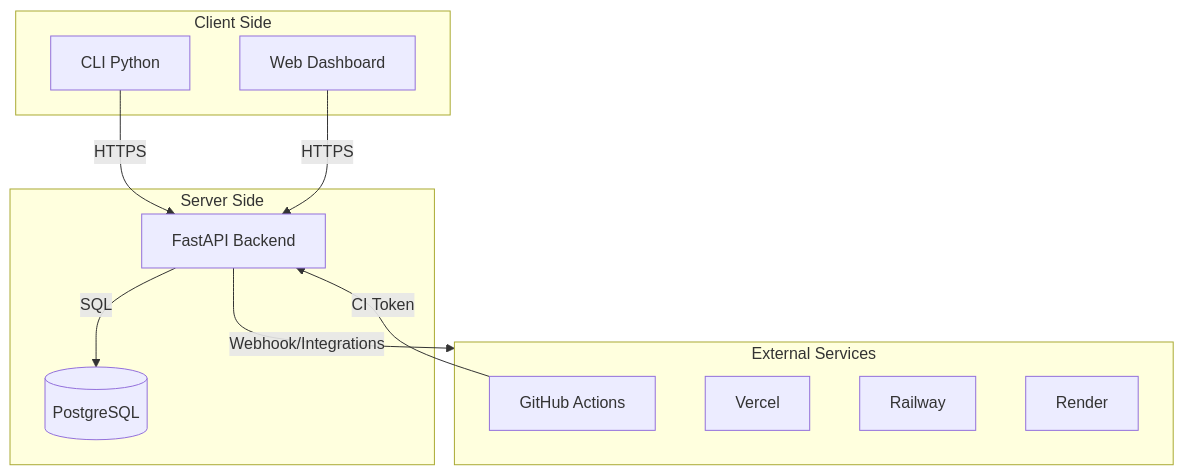
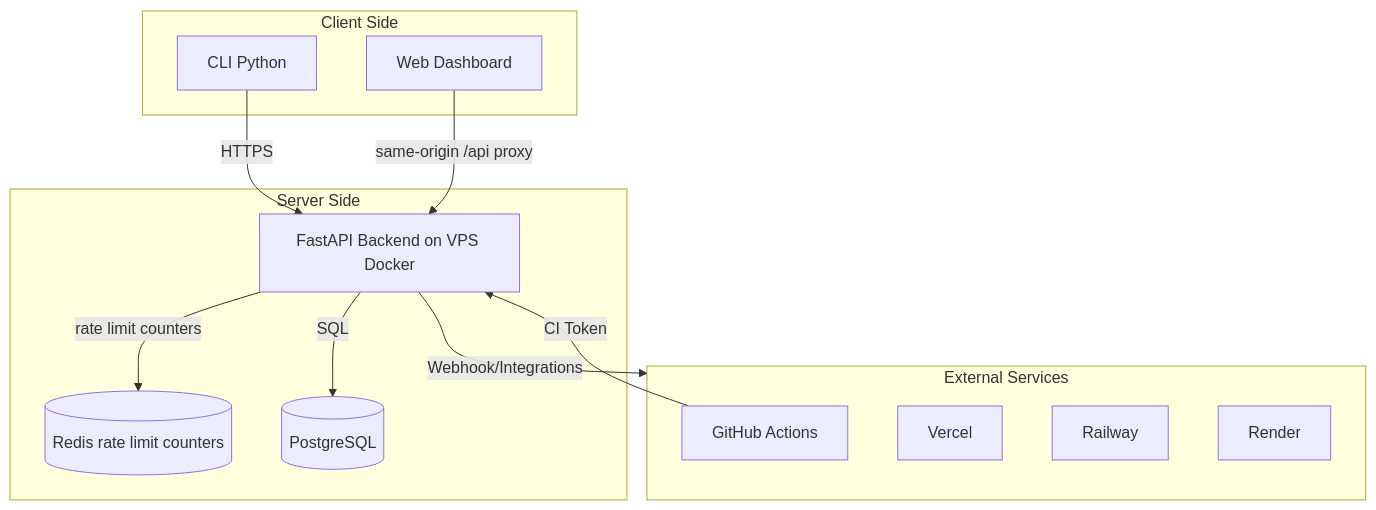
The first of 3 diagrams in docs/project/architecture.md (77mdias/criptenv), drawn with Mermaid before and after one commit. The commit also changed other lines of this file and 24 other files, not shown here.

Commit message:
feat(deploy): add vps backend stack

````diff
--- a/docs/project/architecture.md
+++ b/docs/project/architecture.md
@@ -7,26 +7,28 @@
 ```mermaid
 flowchart TD
     subgraph Client["Client Side"]
         CLI[CLI Python]
         WEB[Web Dashboard]
     end
     
     subgraph Server["Server Side"]
-        API[FastAPI Backend]
+        API[FastAPI Backend on VPS Docker]
+        REDIS[(Redis rate limit counters)]
         DB[(PostgreSQL)]
     end
     
     CLI -->|HTTPS| API
-    WEB -->|HTTPS| API
+    WEB -->|same-origin /api proxy| API
+    API -->|rate limit counters| REDIS
     API -->|SQL| DB
     
     subgraph External["External Services"]
         GH[GitHub Actions]
         VC[Vercel]
         RL[Railway]
         RT[Render]
     end
     
     API -->|Webhook/Integrations| External
     GH -->|CI Token| API
 ```
````
